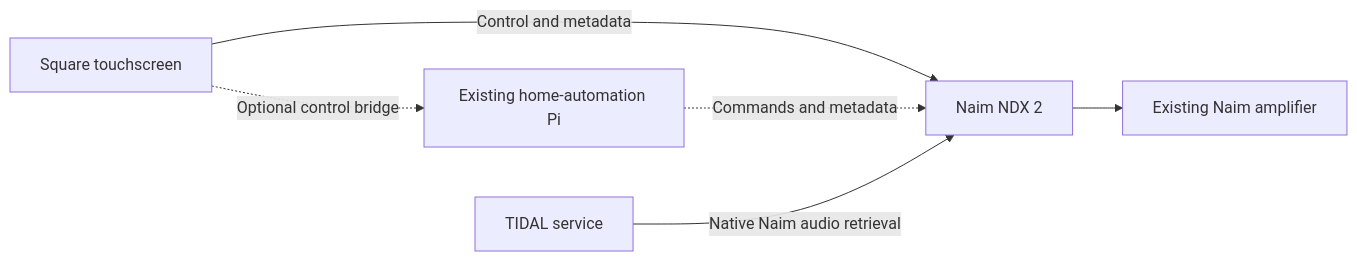
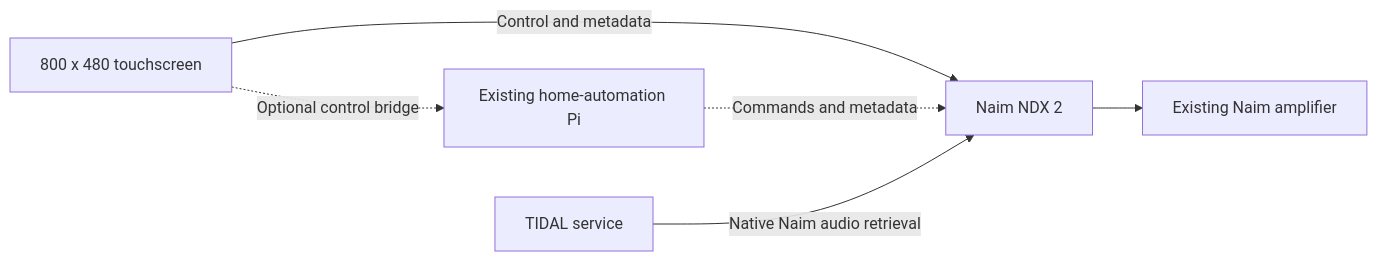
One commit to LeweeLewee/NDX2-Controller changed the diagram in docs/architecture.md. Above: the diagram before and after it, drawn with Mermaid. The commit also changed other lines of this file and 7 other files, not shown here.

````diff
--- a/docs/architecture.md
+++ b/docs/architecture.md
@@ -5,8 +5,8 @@
 ```mermaid
 flowchart LR
-    UI[Square touchscreen] -->|Control and metadata| NDX[Naim NDX 2]
+    UI[800 x 480 touchscreen] -->|Control and metadata| NDX[Naim NDX 2]
     UI -. Optional control bridge .-> PI[Existing home-automation Pi]
     PI -. Commands and metadata .-> NDX
     TIDAL[TIDAL service] -->|Native Naim audio retrieval| NDX
     NDX --> AMP[Existing Naim amplifier]
 ```
````
